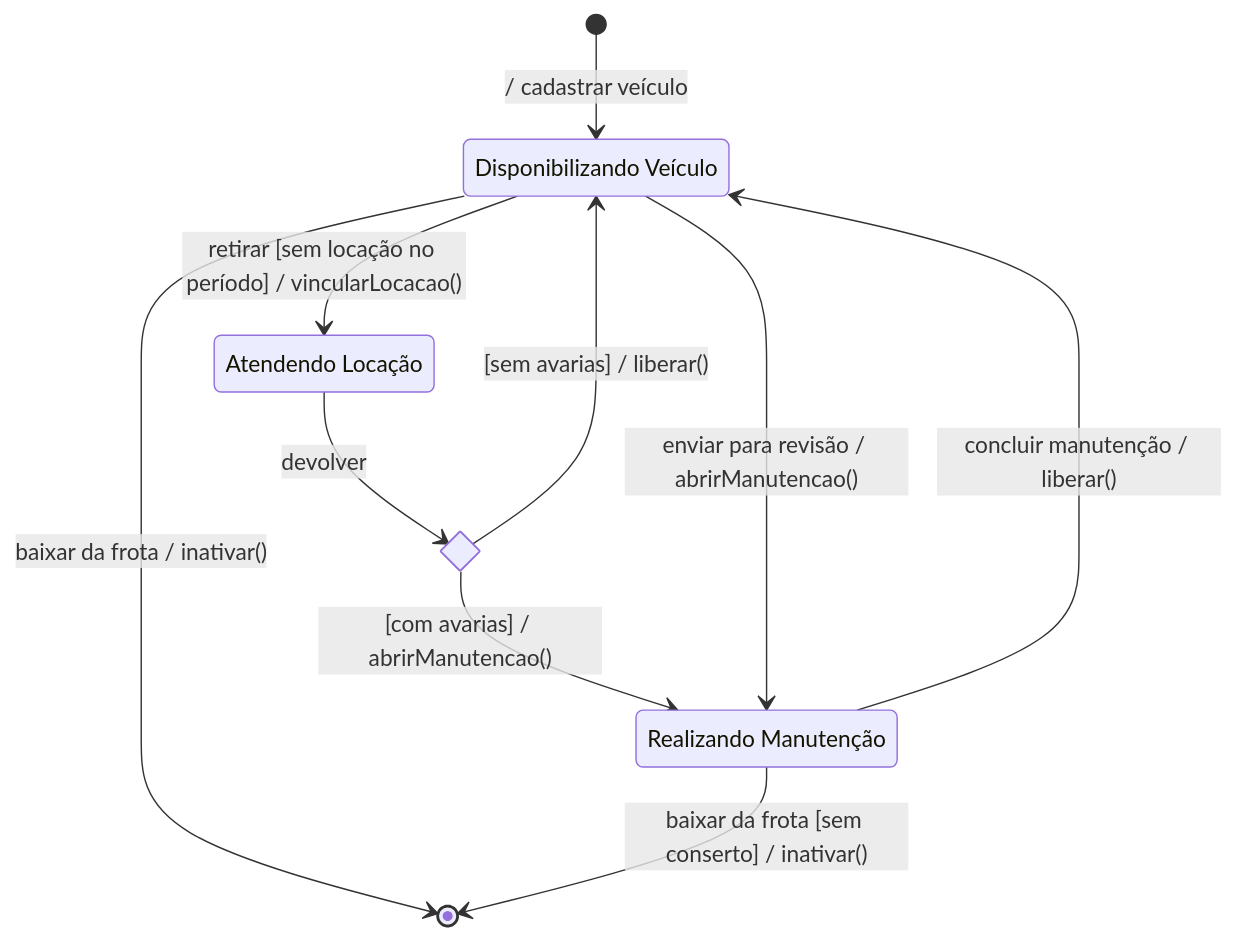
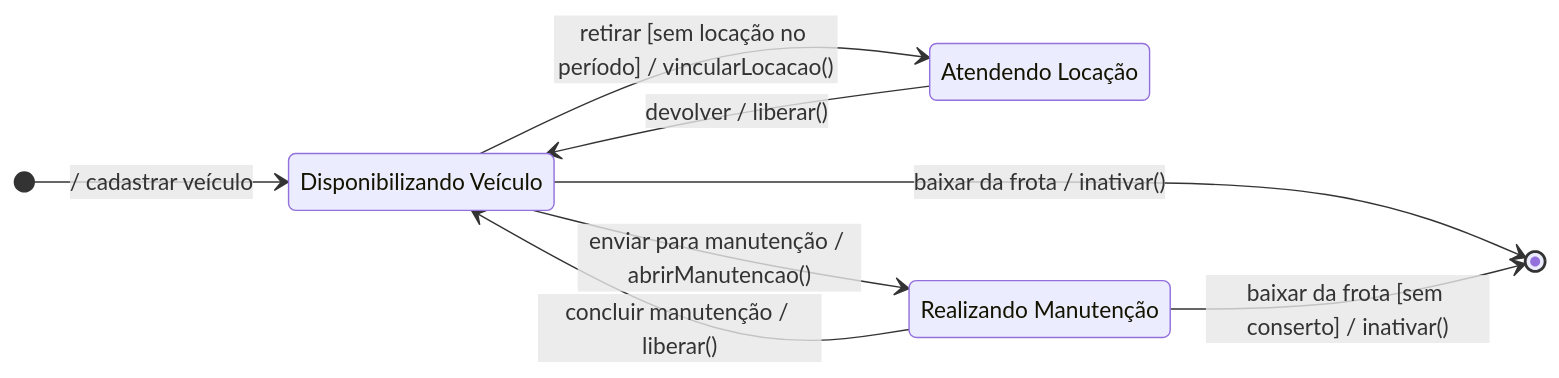
The diagram in docs/uml/diagrama-de-estados.md (lucasorlandi7/NextDrive), drawn with Mermaid before and after one commit.

Commit message:
docs: diagrama de estados do Veículo mudado

````diff
--- a/docs/uml/diagrama-de-estados.md
+++ b/docs/uml/diagrama-de-estados.md
@@ -7,19 +7,16 @@
 ```mermaid
 stateDiagram-v2
-    direction TB
+    direction LR
 
     state "Disponibilizando Veículo" as Disponivel
     state "Atendendo Locação" as Locado
     state "Realizando Manutenção" as Manutencao
-    state avaliacao <<choice>>
 
     [*] --> Disponivel : / cadastrar veículo
     Disponivel --> Locado : retirar [sem locação no período] / vincularLocacao()
-    Locado --> avaliacao : devolver
-    avaliacao --> Disponivel : [sem avarias] / liberar()
-    avaliacao --> Manutencao : [com avarias] / abrirManutencao()
-    Disponivel --> Manutencao : enviar para revisão / abrirManutencao()
+    Locado --> Disponivel : devolver / liberar()
+    Disponivel --> Manutencao : enviar para manutenção / abrirManutencao()
     Manutencao --> Disponivel : concluir manutenção / liberar()
     Disponivel --> [*] : baixar da frota / inativar()
     Manutencao --> [*] : baixar da frota [sem conserto] / inativar()
 ```
````
